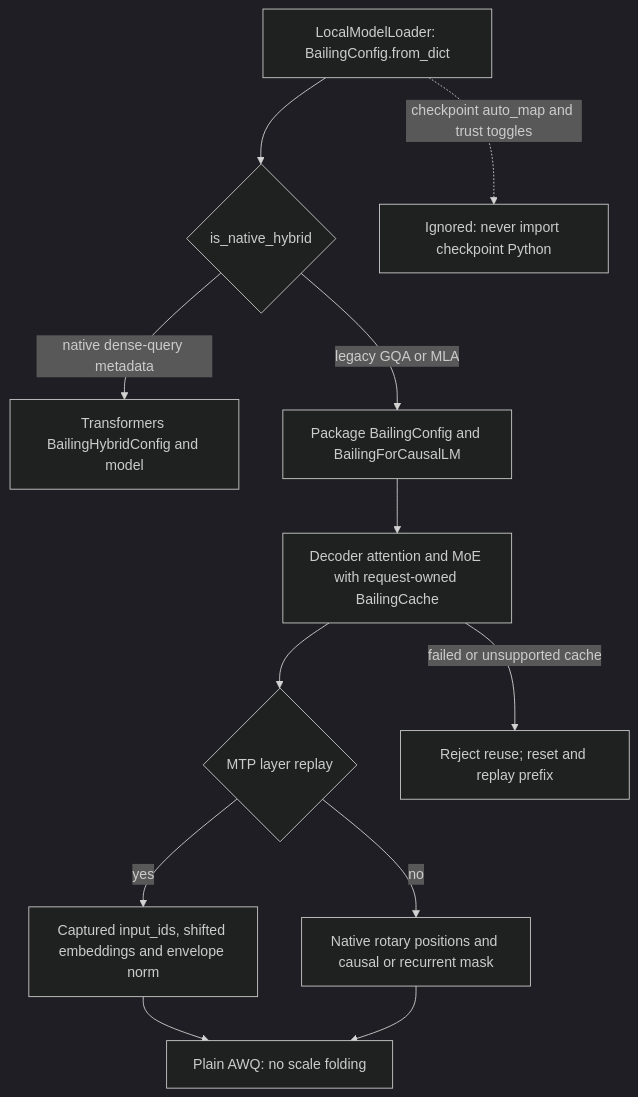
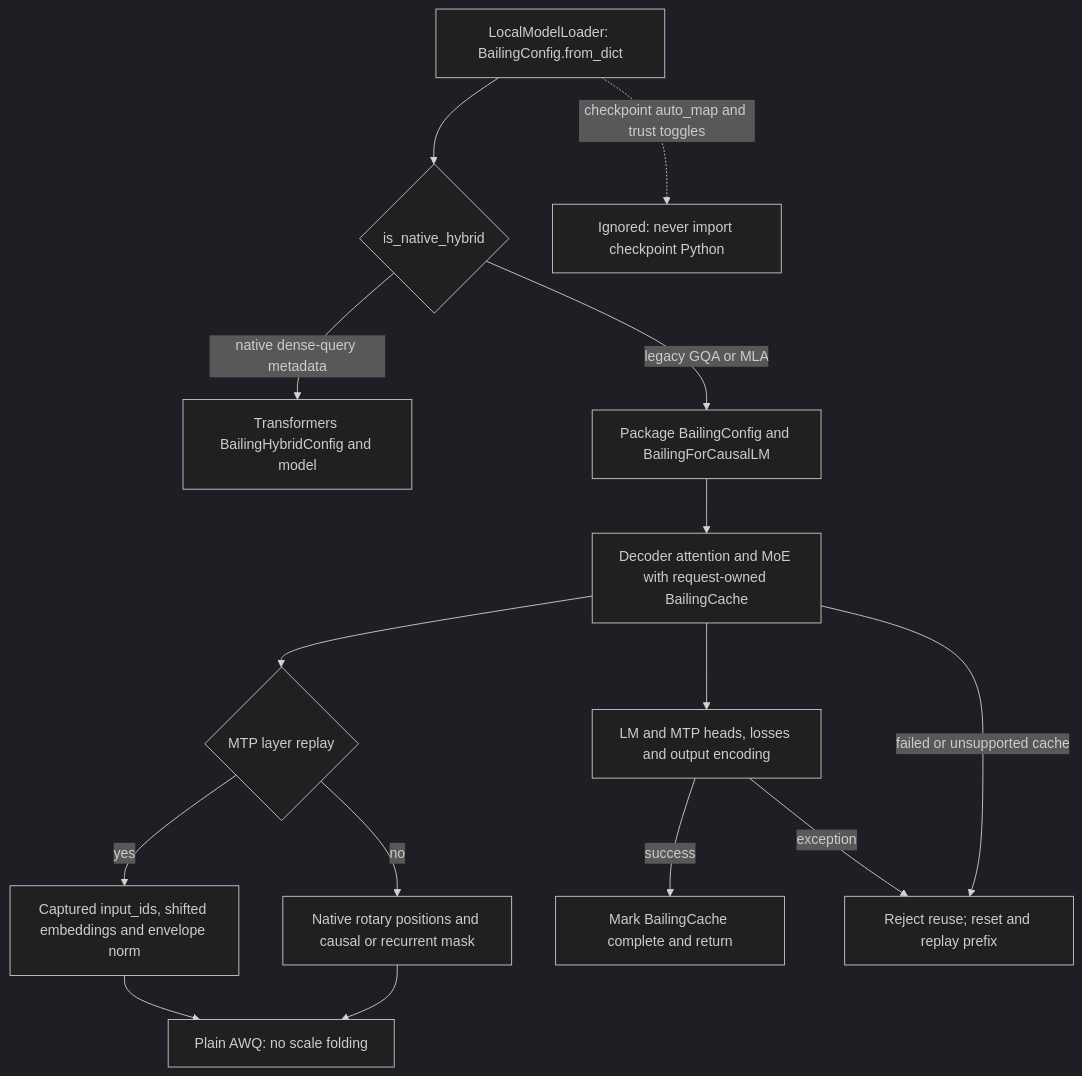
One commit to ModelCloud/GPTQModel changed the first of 2 diagrams in docs/transformers5-model-ports.md. Above: the diagram before and after it, drawn with Mermaid (dark theme). The commit also changed other lines of this file and 4 other files, not shown here.

````diff
--- a/docs/transformers5-model-ports.md
+++ b/docs/transformers5-model-ports.md
@@ -39,14 +43,17 @@
 ```mermaid
 flowchart TD
     A[LocalModelLoader: BailingConfig.from_dict] --> B{is_native_hybrid}
     B -->|native dense-query metadata| C[Transformers BailingHybridConfig and model]
     B -->|legacy GQA or MLA| D[Package BailingConfig and BailingForCausalLM]
     D --> E[Decoder attention and MoE with request-owned BailingCache]
     E --> F{MTP layer replay}
     F -->|yes| G[Captured input_ids, shifted embeddings and envelope norm]
     F -->|no| H[Native rotary positions and causal or recurrent mask]
     G --> I[Plain AWQ: no scale folding]
     H --> I
     A -. checkpoint auto_map and trust toggles .-> J[Ignored: never import checkpoint Python]
-    E -->|failed or unsupported cache| K[Reject reuse; reset and replay prefix]
+    E --> L[LM and MTP heads, losses and output encoding]
+    L -->|success| M[Mark BailingCache complete and return]
+    L -->|exception| K[Reject reuse; reset and replay prefix]
+    E -->|failed or unsupported cache| K
 ```
````
